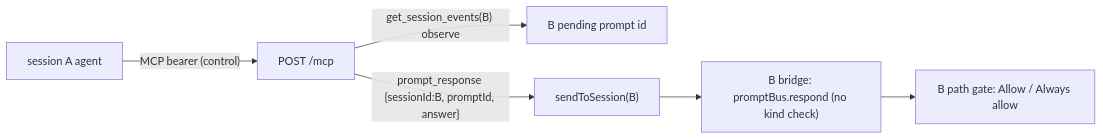
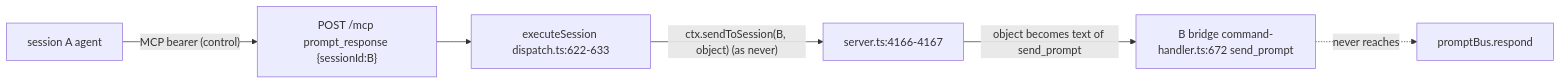
Before and after one commit to BlackBeltTechnology/pi-agent-dashboard: the third of 3 diagrams in docs/security/tool-call-guards.md, drawn with Mermaid. The commit also changed other lines of this file and 149 other files, not shown here.

````diff
--- a/docs/security/tool-call-guards.md
+++ b/docs/security/tool-call-guards.md
@@ -119,8 +122,8 @@
 ```mermaid
 flowchart LR
-  A["session A agent"] -->|"MCP bearer (control)"| M["POST /mcp"]
-  M -->|"get_session_events(B) observe"| E["B pending prompt id"]
-  M -->|"prompt_response {sessionId:B, promptId, answer}"| SB["sendToSession(B)"]
-  SB --> BR["B bridge: promptBus.respond (no kind check)"]
-  BR --> PGB["B path gate: Allow / Always allow"]
+  A["session A agent"] -->|"MCP bearer (control)"| M["POST /mcp prompt_response {sessionId:B}"]
+  M --> X["executeSession dispatch.ts:622-633"]
+  X -->|"ctx.sendToSession(B, object) (as never)"| H["server.ts:4166-4167"]
+  H -->|"object becomes text of send_prompt"| BR["B bridge command-handler.ts:672 send_prompt"]
+  BR -.->|"never reaches"| PB["promptBus.respond"]
 ```
````
